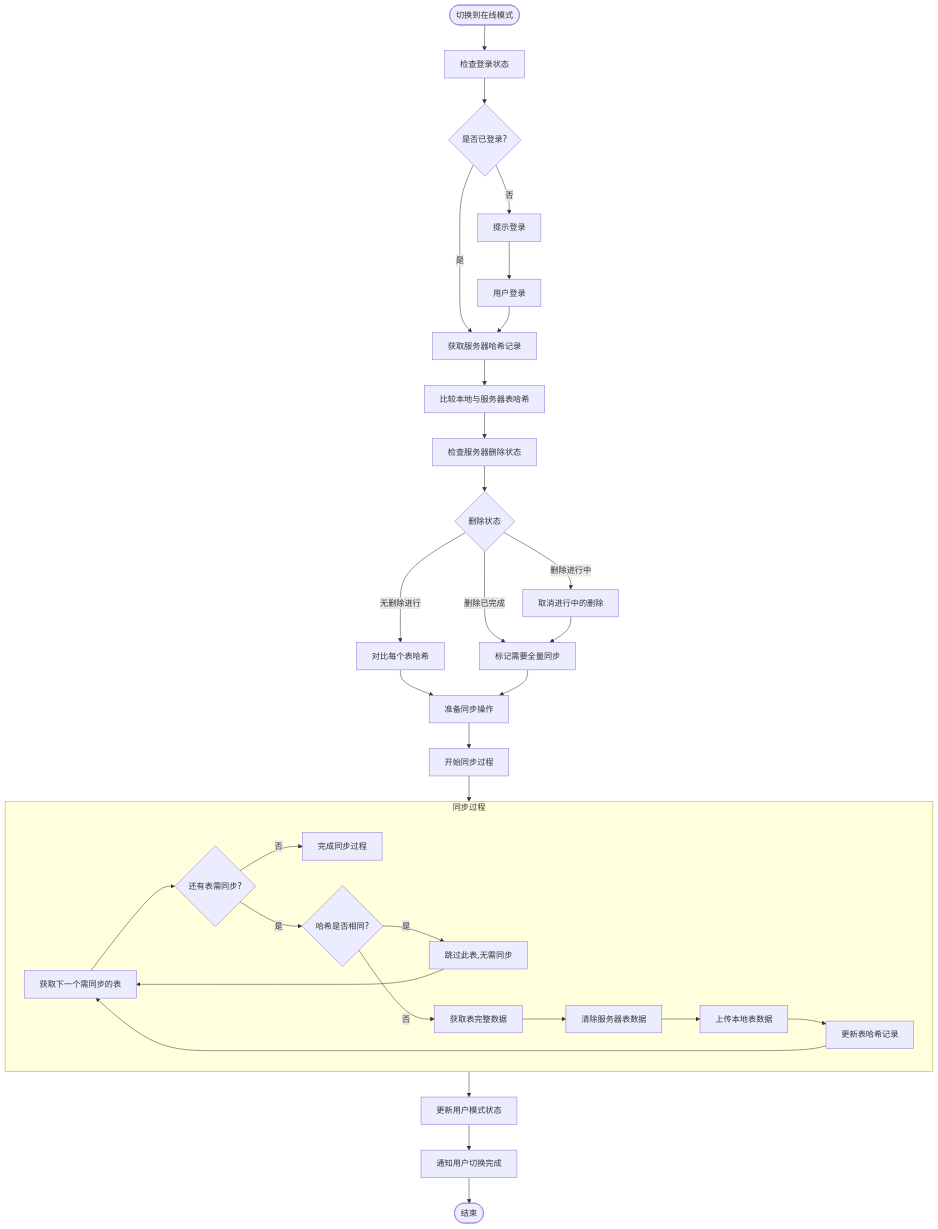
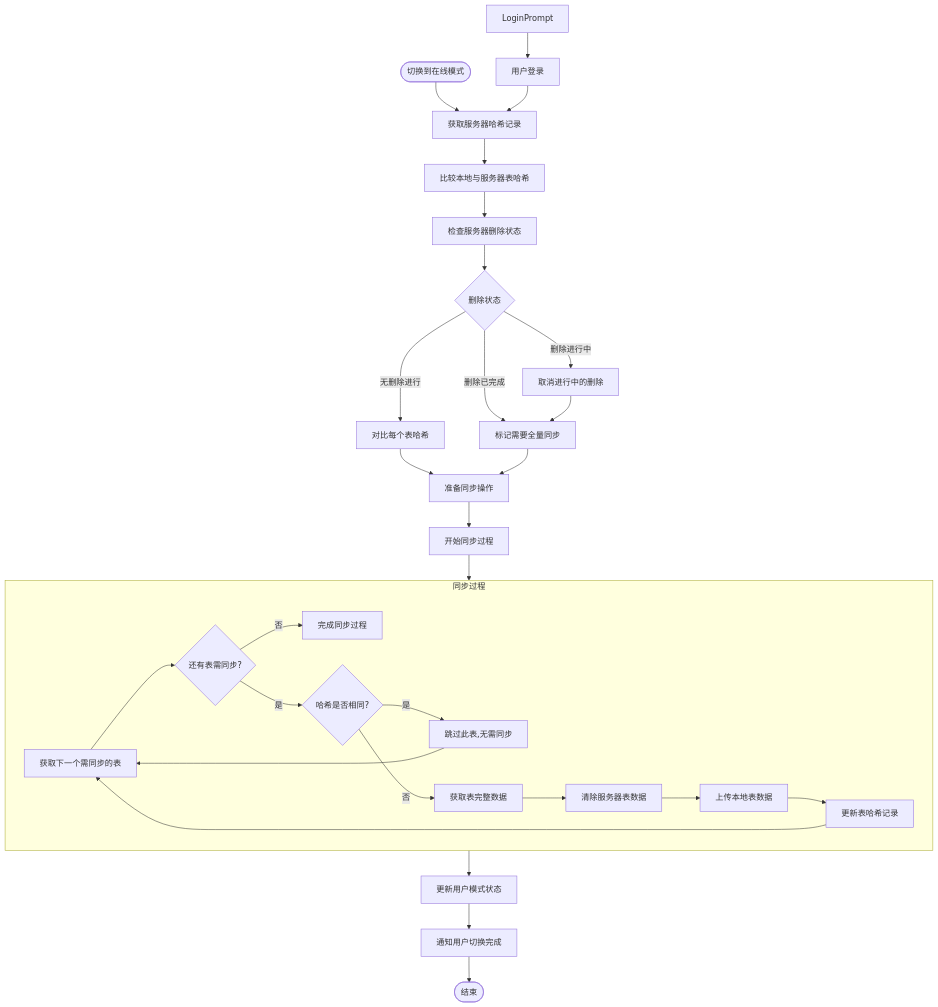
One commit to yingjianzh/iodraw-files changed the diagram in all/未命名-51.md. Above: the diagram before and after it, drawn with Mermaid.

Commit message:
2025-05-08 16:21:59 update

````diff
--- a/all/未命名-51.md
+++ b/all/未命名-51.md
@@ -1,49 +1,43 @@
 ```mermaid
-
 flowchart TD
-    Start([切换到在线模式]) --> CheckLogin[检查登录状态]
-    CheckLogin --> IsLoggedIn{是否已登录?}
-    
-    IsLoggedIn -->|否| LoginPrompt[提示登录]
-    IsLoggedIn -->|是| FetchServerHashes[获取服务器哈希记录]
+    Start([切换到在线模式]) --> FetchServerHashes[获取服务器哈希记录]
     
     LoginPrompt --> UserLogin[用户登录]
     UserLogin --> FetchServerHashes
     
     FetchServerHashes --> CompareTables[比较本地与服务器表哈希]
     CompareTables --> CheckDeletionStatus[检查服务器删除状态]
     
     CheckDeletionStatus --> DeletionState{删除状态}
     
     DeletionState -->|无删除进行| CompareHashes[对比每个表哈希]
     DeletionState -->|删除进行中| CancelDeletion[取消进行中的删除]
     DeletionState -->|删除已完成| ForceFullSync[标记需要全量同步]
     
     CancelDeletion --> ForceFullSync
     
     CompareHashes --> PrepareSync[准备同步操作]
     ForceFullSync --> PrepareSync
     
     PrepareSync --> BeginSyncProcess[开始同步过程]
     
     subgraph SyncProcess [同步过程]
         A[获取下一个需同步的表] --> B{还有表需同步?}
         B -->|否| CompleteSyncProcess[完成同步过程]
         B -->|是| C{哈希是否相同?}
         
         C -->|是| TablesSkipped[跳过此表,无需同步]
         C -->|否| D[获取表完整数据]
         TablesSkipped --> A
         
         D --> E[清除服务器表数据]
         E --> F[上传本地表数据]
         F --> G[更新表哈希记录]
         G --> A
     end
     
     BeginSyncProcess --> SyncProcess
     SyncProcess --> UpdateModeState[更新用户模式状态]
     UpdateModeState --> NotifyComplete[通知用户切换完成]
     NotifyComplete --> End([结束])
-
 ```
````
